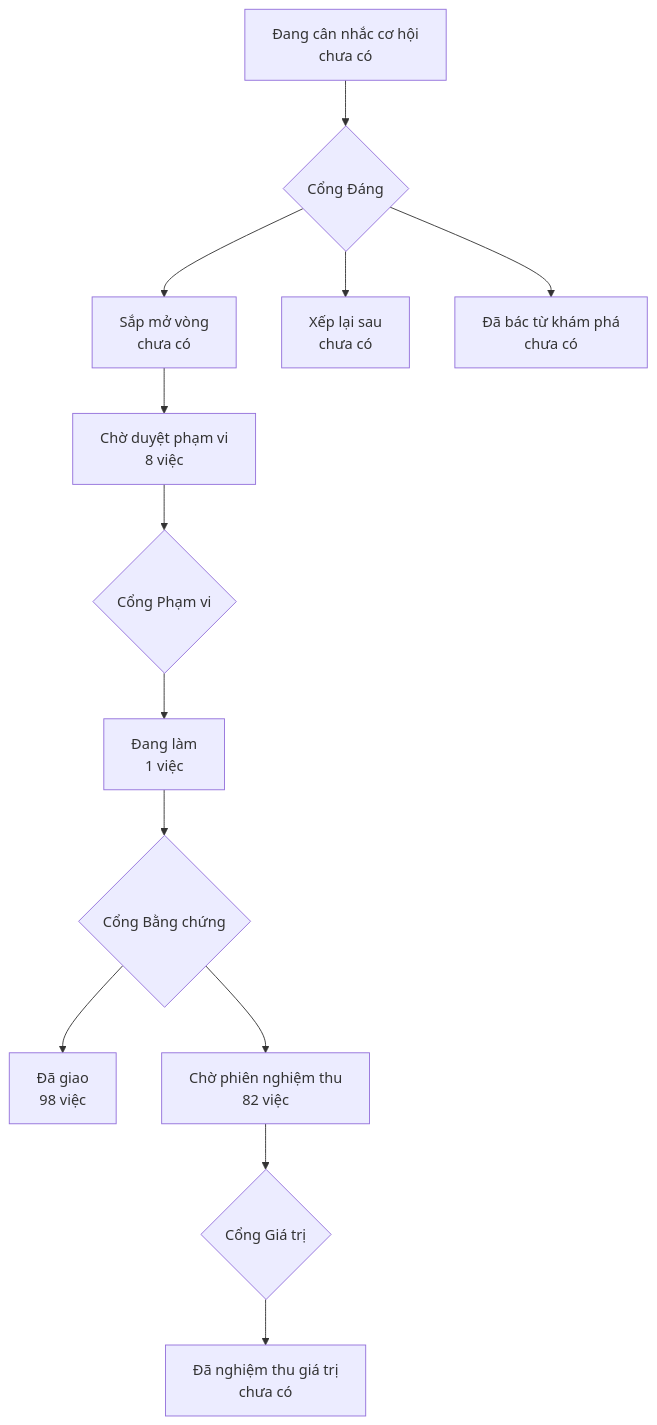
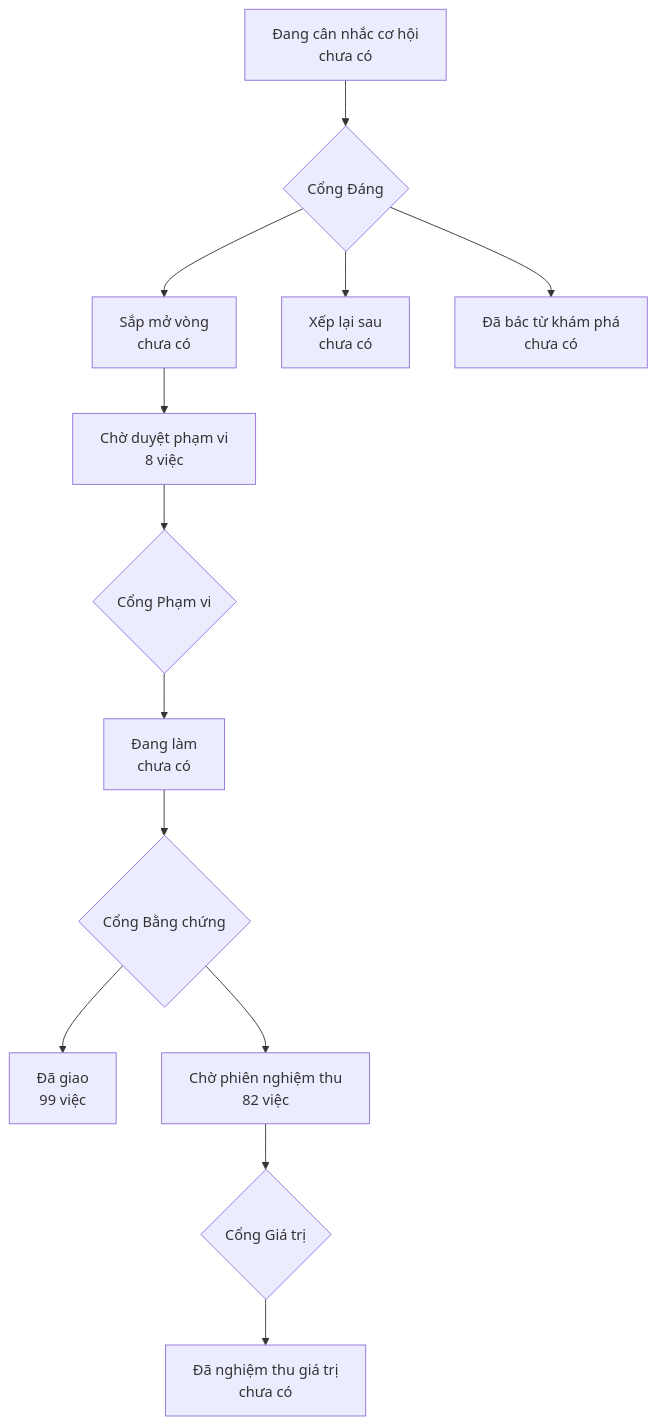
Before and after one commit to phanlemanh/onehub-invest: the diagram in PRODUCT-MAP.md, drawn with Mermaid. The commit also changed other lines of this file and 4 other files, not shown here.

````diff
--- a/PRODUCT-MAP.md
+++ b/PRODUCT-MAP.md
@@ -7,12 +7,12 @@
 ```mermaid
 flowchart TD
   A["Đang cân nhắc cơ hội<br/>chưa có"] --> GD{"Cổng Đáng"}
   GD --> B["Sắp mở vòng<br/>chưa có"]
   GD --> XL["Xếp lại sau<br/>chưa có"]
   GD --> DB["Đã bác từ khám phá<br/>chưa có"]
   B --> CD["Chờ duyệt phạm vi<br/>8 việc"] --> GP{"Cổng Phạm vi"}
-  GP --> DL["Đang làm<br/>1 việc"] --> GB{"Cổng Bằng chứng"}
-  GB --> DG["Đã giao<br/>98 việc"]
+  GP --> DL["Đang làm<br/>chưa có"] --> GB{"Cổng Bằng chứng"}
+  GB --> DG["Đã giao<br/>99 việc"]
   GB --> CN["Chờ phiên nghiệm thu<br/>82 việc"] --> GG{"Cổng Giá trị"}
   GG --> NT["Đã nghiệm thu giá trị<br/>chưa có"]
 ```
````
